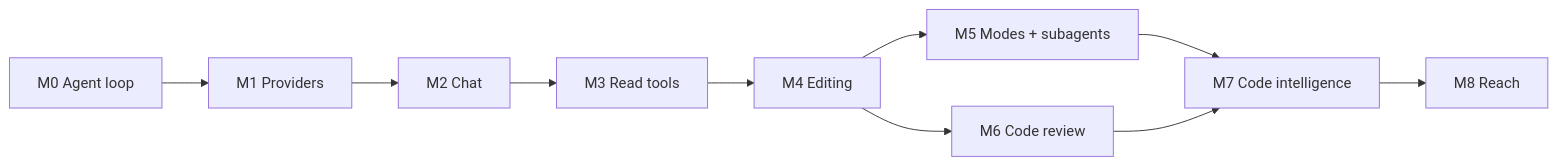
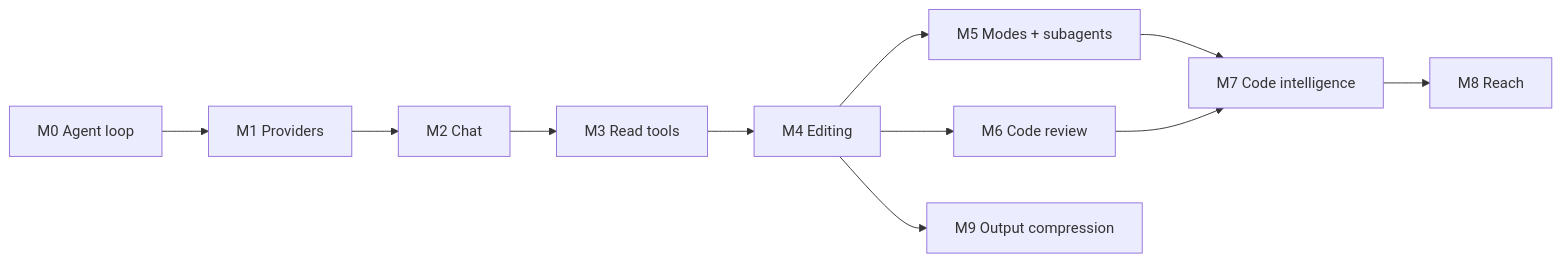
The diagram in docs/roadmap.md (cgund98/robi), drawn with Mermaid before and after one commit. The commit also changed other lines of this file and 94 other files, not shown here.

````diff
--- a/docs/roadmap.md
+++ b/docs/roadmap.md
@@ -55,12 +56,13 @@
 ```mermaid
 graph LR
   M0[M0 Agent loop] --> M1[M1 Providers]
   M1 --> M2[M2 Chat]
   M2 --> M3[M3 Read tools]
   M3 --> M4[M4 Editing]
   M4 --> M5[M5 Modes + subagents]
   M4 --> M6[M6 Code review]
   M5 --> M7[M7 Code intelligence]
   M6 --> M7
   M7 --> M8[M8 Reach]
+  M4 --> M9[M9 Output compression]
 ```
````
